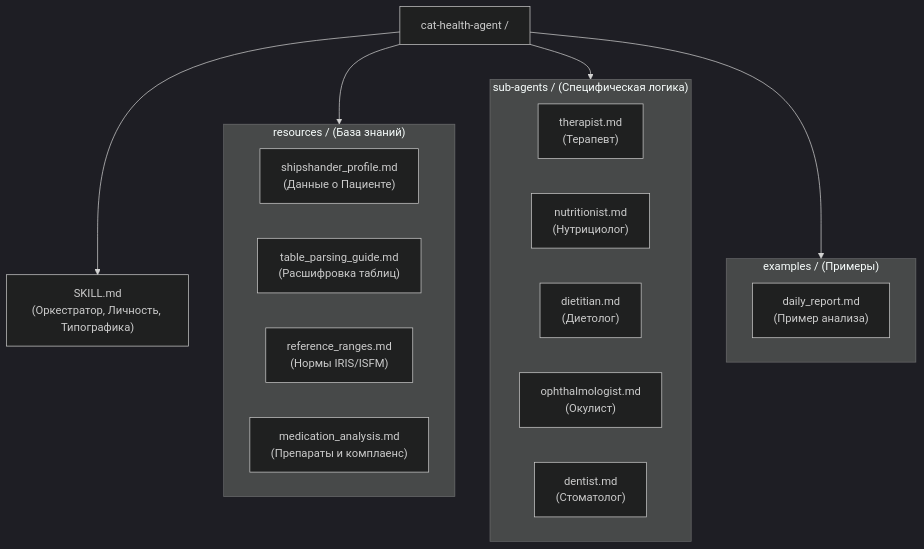
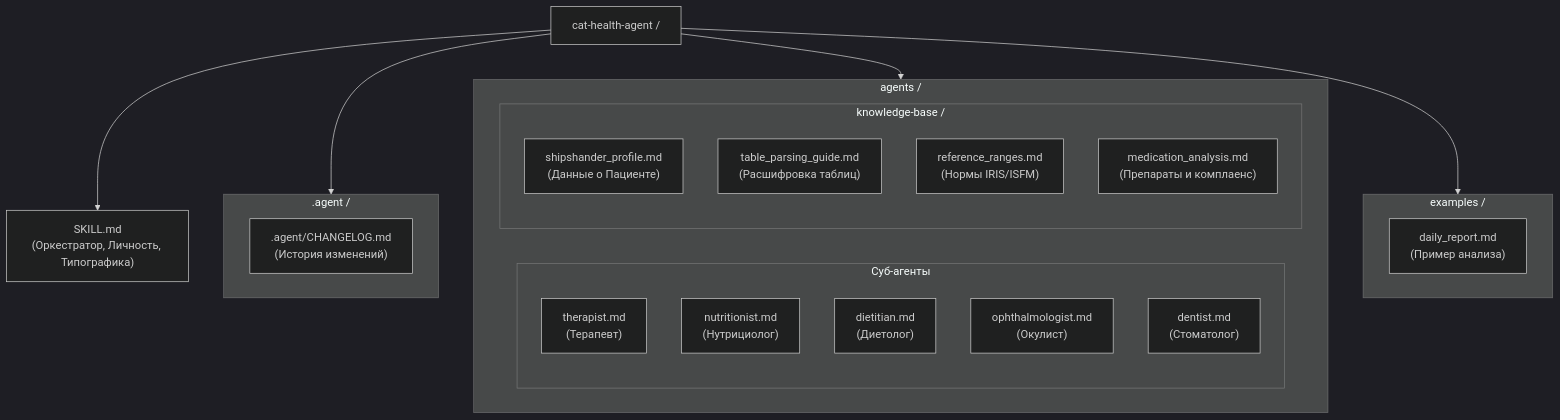
One commit to pechatin/Cat-Health-Agent changed the diagram in README.md. Above: the diagram before and after it, drawn with Mermaid (dark theme). The commit also changed other lines of this file and 2 other files, not shown here.

Commit message:
Structural reorganization v1.1: flat agents, centralized knowledge-base, and system folder.

````diff
--- a/README.md
+++ b/README.md
@@ -8,29 +8,35 @@
 ```mermaid
 graph TD
     Root["cat-health-agent /"]
     SkillMD["SKILL.md<br/>(Оркестратор, Личность, Типографика)"]
     
-    subgraph Resources["resources / (База знаний)"]
-        Profile["shipshander_profile.md<br/>(Данные о Пациенте)"]
-        TableGuide["table_parsing_guide.md<br/>(Расшифровка таблиц)"]
-        Refs["reference_ranges.md<br/>(Нормы IRIS/ISFM)"]
-        Meds["medication_analysis.md<br/>(Препараты и комплаенс)"]
+    subgraph AgentSystem[".agent /"]
+        Chlog[".agent/CHANGELOG.md<br/>(История изменений)"]
+    end
+
+    subgraph Agents["agents /"]
+        subgraph SubAgents["Суб-агенты"]
+            Ther["therapist.md<br/>(Терапевт)"]
+            Nutr["nutritionist.md<br/>(Нутрициолог)"]
+            Diet["dietitian.md<br/>(Диетолог)"]
+            Ophth["ophthalmologist.md<br/>(Окулист)"]
+            Dent["dentist.md<br/>(Стоматолог)"]
+        end
+        
+        subgraph KnowledgeBase["knowledge-base /"]
+            Profile["shipshander_profile.md<br/>(Данные o Пациенте)"]
+            TableGuide["table_parsing_guide.md<br/>(Расшифровка таблиц)"]
+            Refs["reference_ranges.md<br/>(Нормы IRIS/ISFM)"]
+            Meds["medication_analysis.md<br/>(Препараты и комплаенс)"]
+        end
     end
     
-    subgraph SubAgents["sub-agents / (Специфическая логика)"]
-        Ther["therapist.md<br/>(Терапевт)"]
-        Nutr["nutritionist.md<br/>(Нутрициолог)"]
-        Diet["dietitian.md<br/>(Диетолог)"]
-        Ophth["ophthalmologist.md<br/>(Окулист)"]
-        Dent["dentist.md<br/>(Стоматолог)"]
-    end
-    
-    subgraph Examples["examples / (Примеры)"]
+    subgraph Examples["examples /"]
         ExReport["daily_report.md<br/>(Пример анализа)"]
     end
 
     Root --> SkillMD
-    Root --> Resources
-    Root --> SubAgents
+    Root --> AgentSystem
+    Root --> Agents
     Root --> Examples
 ```
````
